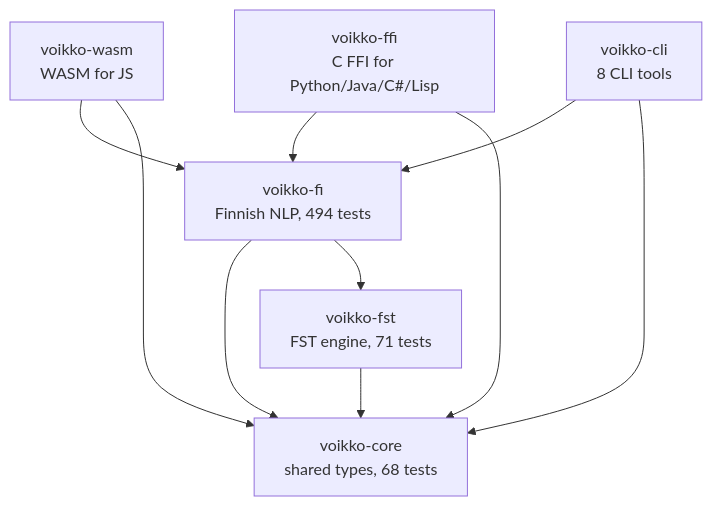
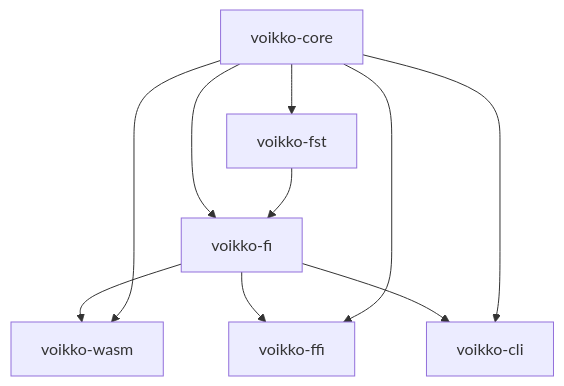
Before and after one commit to yongsk0066/corevoikko: the first of 2 diagrams in libvoikko/rust/ARCHITECTURE.md, drawn with Mermaid. The commit also changed other lines of this file and 10 other files, not shown here.

````diff
--- a/libvoikko/rust/ARCHITECTURE.md
+++ b/libvoikko/rust/ARCHITECTURE.md
@@ -25,19 +25,12 @@
 ```mermaid
-graph TD
-    CORE[voikko-core<br/>shared types, 68 tests]
-    FST[voikko-fst<br/>FST engine, 71 tests]
-    FI[voikko-fi<br/>Finnish NLP, 494 tests]
-    WASM[voikko-wasm<br/>WASM for JS]
-    FFI[voikko-ffi<br/>C FFI for Python/Java/C#/Lisp]
-    CLI[voikko-cli<br/>8 CLI tools]
-
-    FST --> CORE
-    FI --> CORE
-    FI --> FST
-    WASM --> FI
-    WASM --> CORE
-    FFI --> FI
-    FFI --> CORE
-    CLI --> FI
-    CLI --> CORE
+flowchart TD
+    CORE[voikko-core] --> FST[voikko-fst]
+    CORE --> FI[voikko-fi]
+    FST --> FI
+    FI --> WASM[voikko-wasm]
+    FI --> FFI[voikko-ffi]
+    FI --> CLI[voikko-cli]
+    CORE --> WASM
+    CORE --> FFI
+    CORE --> CLI
 ```
````
